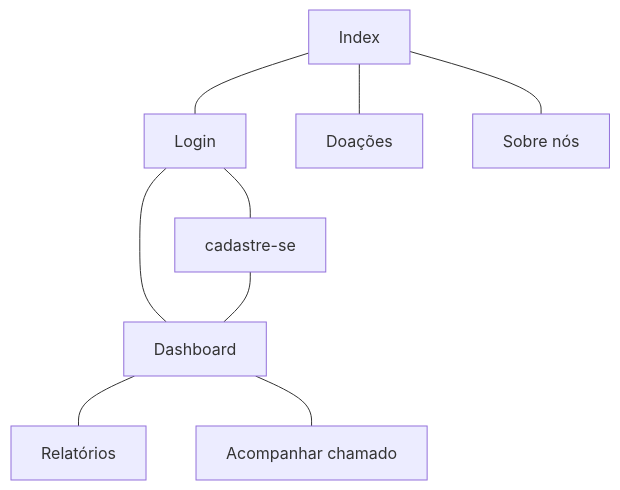
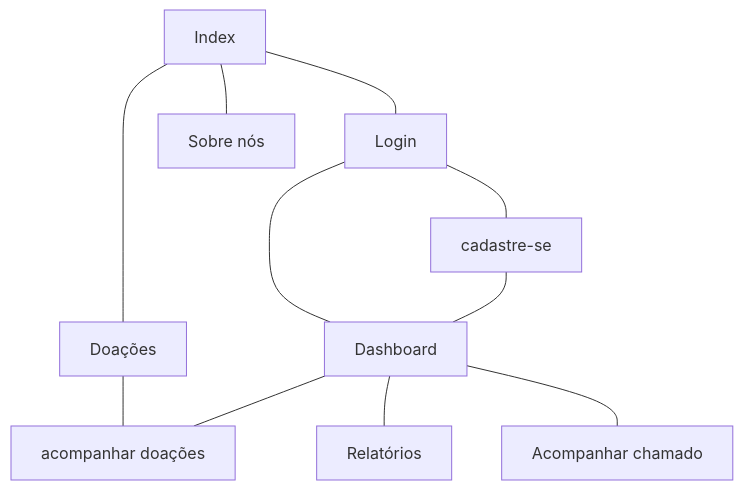
The first of 2 diagrams in doc/prototipos/prototipos.md (tads-cnat/gambiarra), drawn with Mermaid before and after one commit. The commit also changed other lines of this file, not shown here.

Commit message:
Nova atualização no mapa do site

````diff
--- a/doc/prototipos/prototipos.md
+++ b/doc/prototipos/prototipos.md
@@ -8,13 +8,15 @@
 ```mermaid
 flowchart TD
     A[Index] --- B[Login]
     A --- C[Doações]
+    C --- I[acompanhar doações]
     A --- G[Sobre nós]
     B --- H[cadastre-se]
     B --- D[Dashboard]
+    D --- I
     H --- D
     D --- E[Relatórios]
     D --- F[Acompanhar chamado]
     
     
 ```
````
